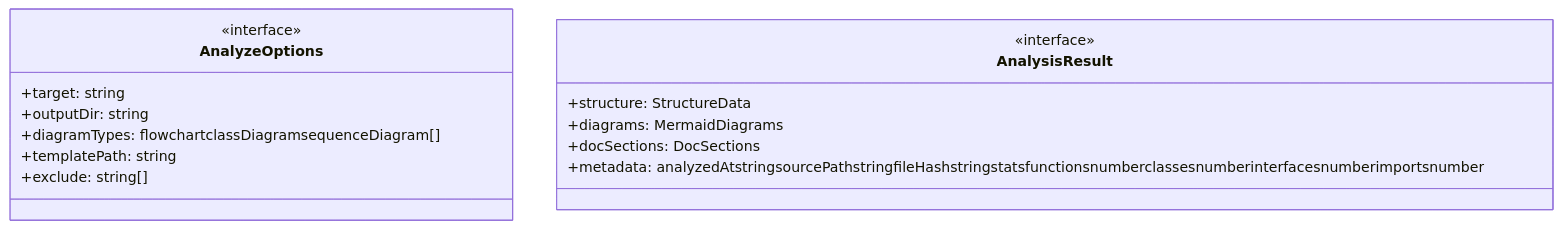
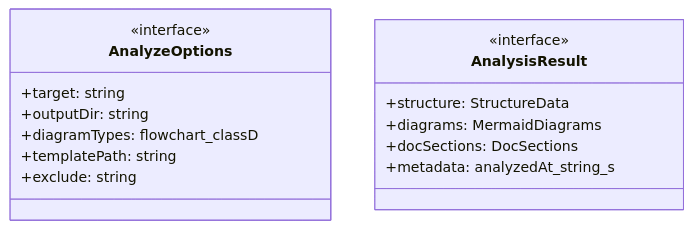
The first of 4 diagrams in ABDD/.pi/extensions/code-structure-analyzer/extension.md (Mekann2904/mekann), drawn with Mermaid before and after one commit. The commit also changed other lines of this file and 174 other files, not shown here.

First line of the commit message:
fix(docs): ABDDのMermaid図生成エラーを修正する

````diff
--- a/ABDD/.pi/extensions/code-structure-analyzer/extension.md
+++ b/ABDD/.pi/extensions/code-structure-analyzer/extension.md
@@ -41,18 +41,18 @@
 ```mermaid
 classDiagram
   class AnalyzeOptions {
     <<interface>>
     +target: string
     +outputDir: string
-    +diagramTypes: flowchartclassDiagramsequenceDiagram[]
+    +diagramTypes: flowchart_classD
     +templatePath: string
-    +exclude: string[]
+    +exclude: string
   }
   class AnalysisResult {
     <<interface>>
     +structure: StructureData
     +diagrams: MermaidDiagrams
     +docSections: DocSections
-    +metadata: analyzedAtstringsourcePathstringfileHashstringstatsfunctionsnumberclassesnumberinterfacesnumberimportsnumber
+    +metadata: analyzedAt_string_s
   }
 ```
````
